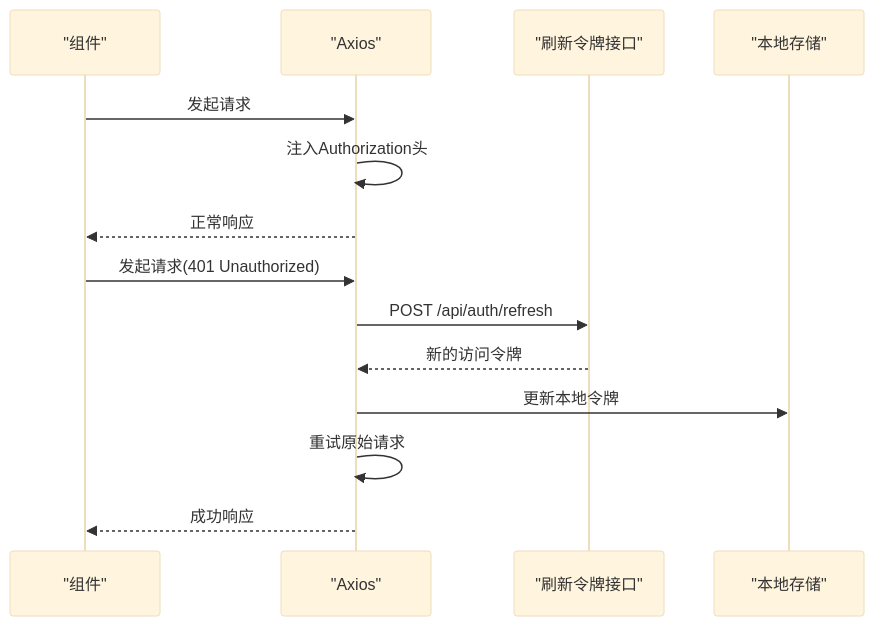
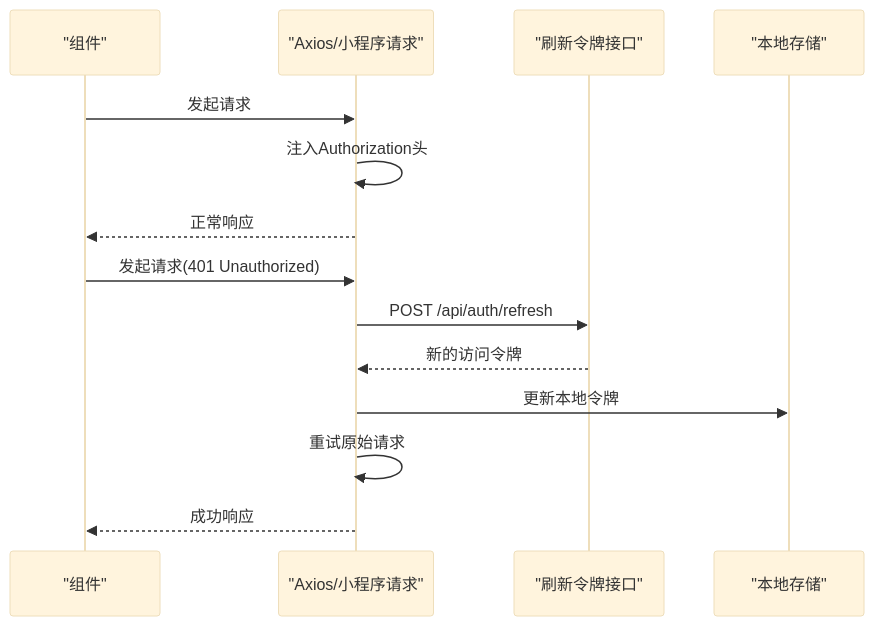
The fifth of 6 diagrams in .qoder/repowiki/zh/content/前端应用架构/前端应用架构.md (Giraffe-Han/microAPP), drawn with Mermaid (base theme) before and after one commit. The commit also changed other lines of this file and 8 other files, not shown here.

Commit message:
update: 医疗配送图标改为红底白十字，金刚区医疗配送与服务评价位置互换

````diff
--- a/.qoder/repowiki/zh/content/前端应用架构/前端应用架构.md
+++ b/.qoder/repowiki/zh/content/前端应用架构/前端应用架构.md
@@ -300,16 +343,16 @@
 ```mermaid
 sequenceDiagram
 participant C as "组件"
-participant AX as "Axios"
+participant AX as "Axios/小程序请求"
 participant RT as "刷新令牌接口"
 participant LS as "本地存储"
 C->>AX : 发起请求
 AX->>AX : 注入Authorization头
 AX-->>C : 正常响应
 C->>AX : 发起请求(401 Unauthorized)
 AX->>RT : POST /api/auth/refresh
 RT-->>AX : 新的访问令牌
 AX->>LS : 更新本地令牌
 AX->>AX : 重试原始请求
 AX-->>C : 成功响应
 ```
````
